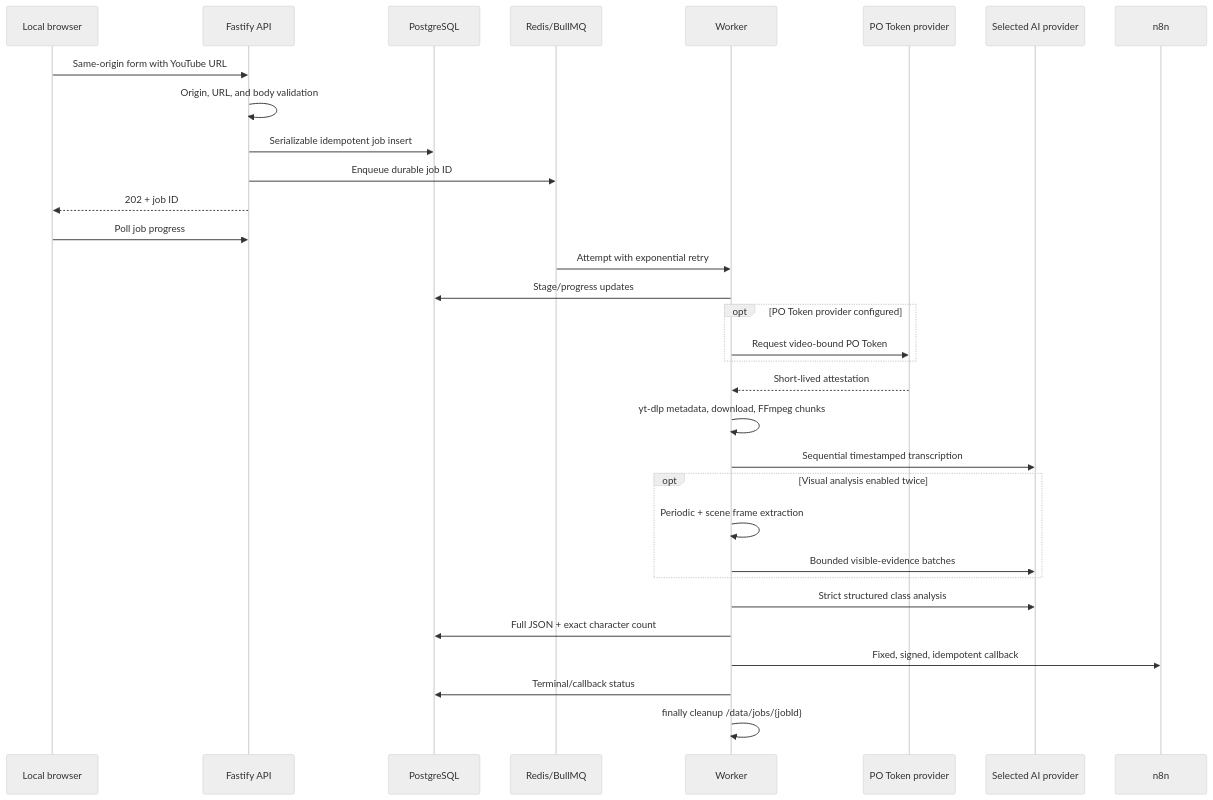
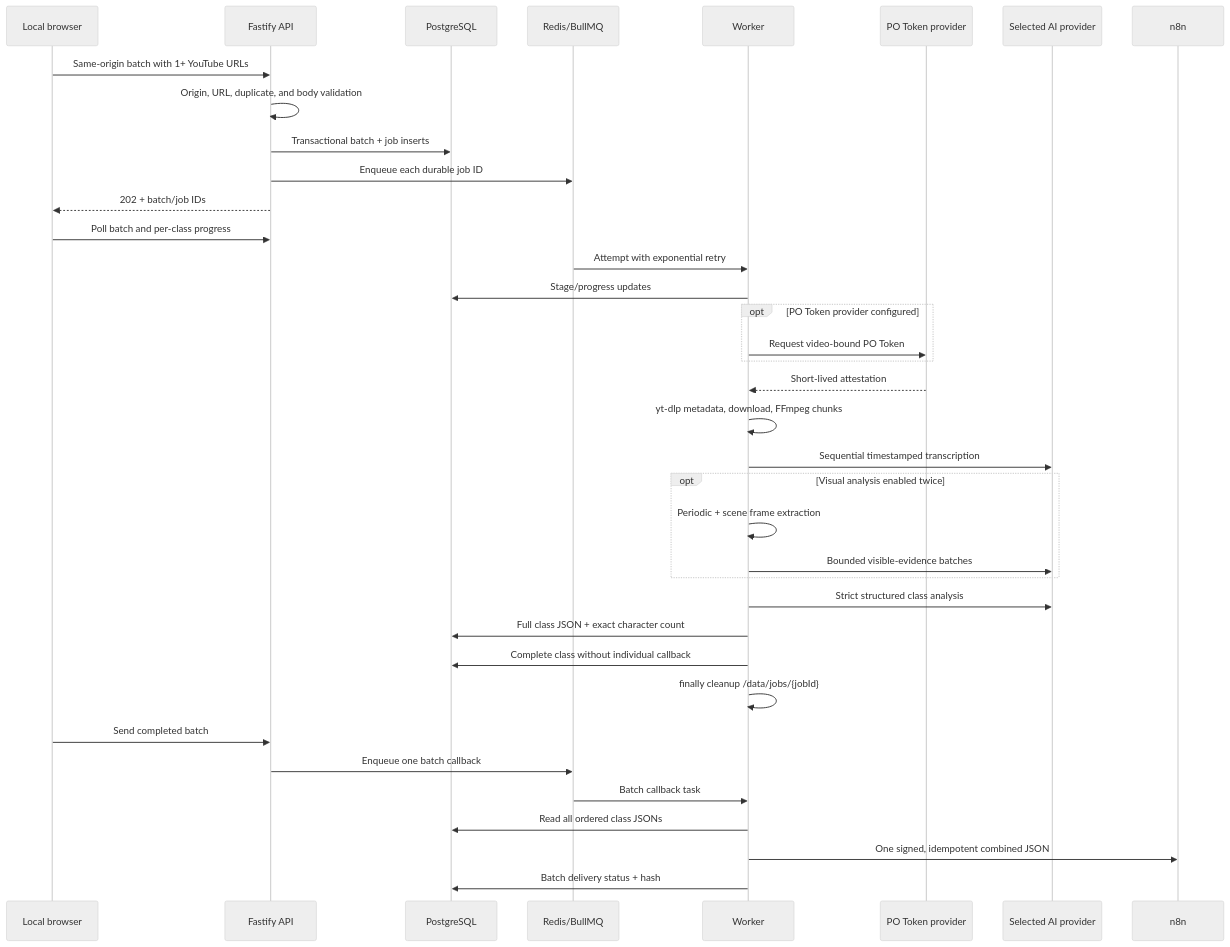
One commit to rierale0/etm-class-engine changed the diagram in docs/architecture.md. Above: the diagram before and after it, drawn with Mermaid (neutral theme). The commit also changed other lines of this file and 21 other files, not shown here.

````diff
--- a/docs/architecture.md
+++ b/docs/architecture.md
@@ -5,35 +5,40 @@
 ```mermaid
 sequenceDiagram
     participant B as Local browser
     participant A as Fastify API
     participant P as PostgreSQL
     participant Q as Redis/BullMQ
     participant W as Worker
     participant T as PO Token provider
     participant O as Selected AI provider
     participant N as n8n
 
-    B->>A: Same-origin form with YouTube URL
-    A->>A: Origin, URL, and body validation
-    A->>P: Serializable idempotent job insert
-    A->>Q: Enqueue durable job ID
-    A-->>B: 202 + job ID
-    B->>A: Poll job progress
+    B->>A: Same-origin batch with 1+ YouTube URLs
+    A->>A: Origin, URL, duplicate, and body validation
+    A->>P: Transactional batch + job inserts
+    A->>Q: Enqueue each durable job ID
+    A-->>B: 202 + batch/job IDs
+    B->>A: Poll batch and per-class progress
     Q->>W: Attempt with exponential retry
     W->>P: Stage/progress updates
     opt PO Token provider configured
         W->>T: Request video-bound PO Token
     end
     T-->>W: Short-lived attestation
     W->>W: yt-dlp metadata, download, FFmpeg chunks
     W->>O: Sequential timestamped transcription
     opt Visual analysis enabled twice
         W->>W: Periodic + scene frame extraction
         W->>O: Bounded visible-evidence batches
     end
     W->>O: Strict structured class analysis
-    W->>P: Full JSON + exact character count
-    W->>N: Fixed, signed, idempotent callback
-    W->>P: Terminal/callback status
+    W->>P: Full class JSON + exact character count
+    W->>P: Complete class without individual callback
     W->>W: finally cleanup /data/jobs/{jobId}
+    B->>A: Send completed batch
+    A->>Q: Enqueue one batch callback
+    Q->>W: Batch callback task
+    W->>P: Read all ordered class JSONs
+    W->>N: One signed, idempotent combined JSON
+    W->>P: Batch delivery status + hash
 ```
````
